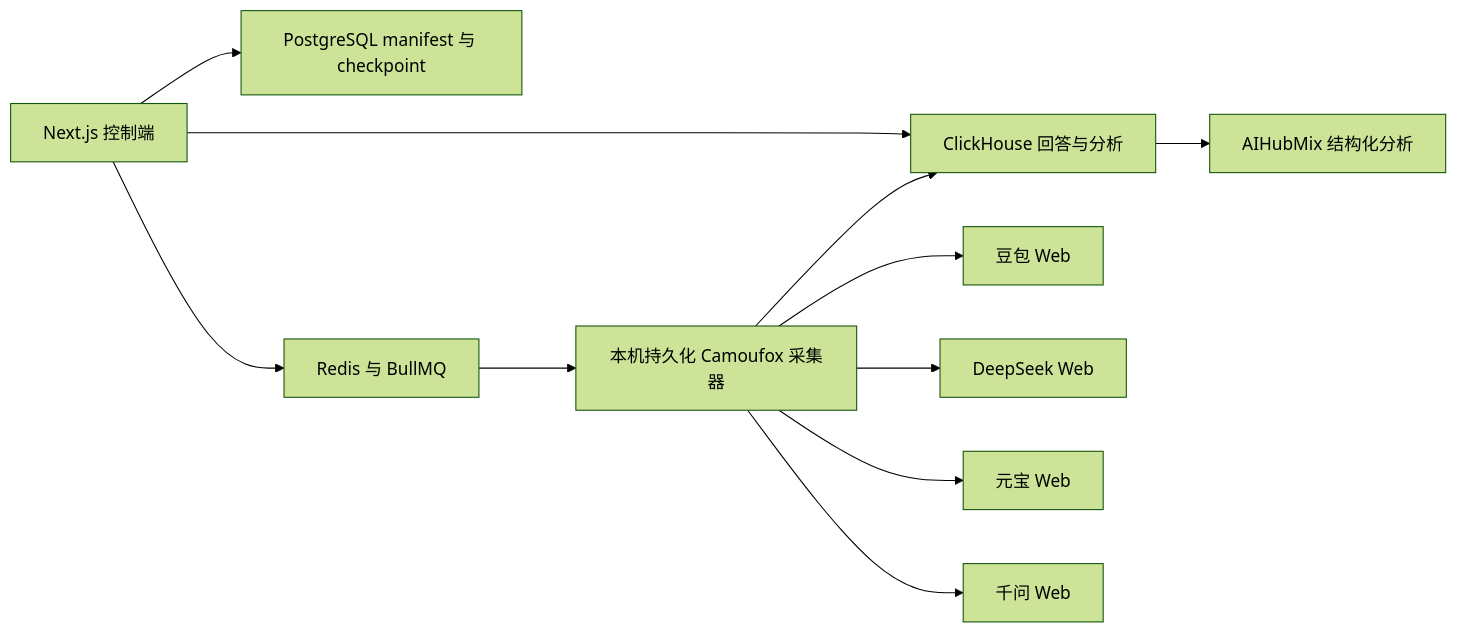
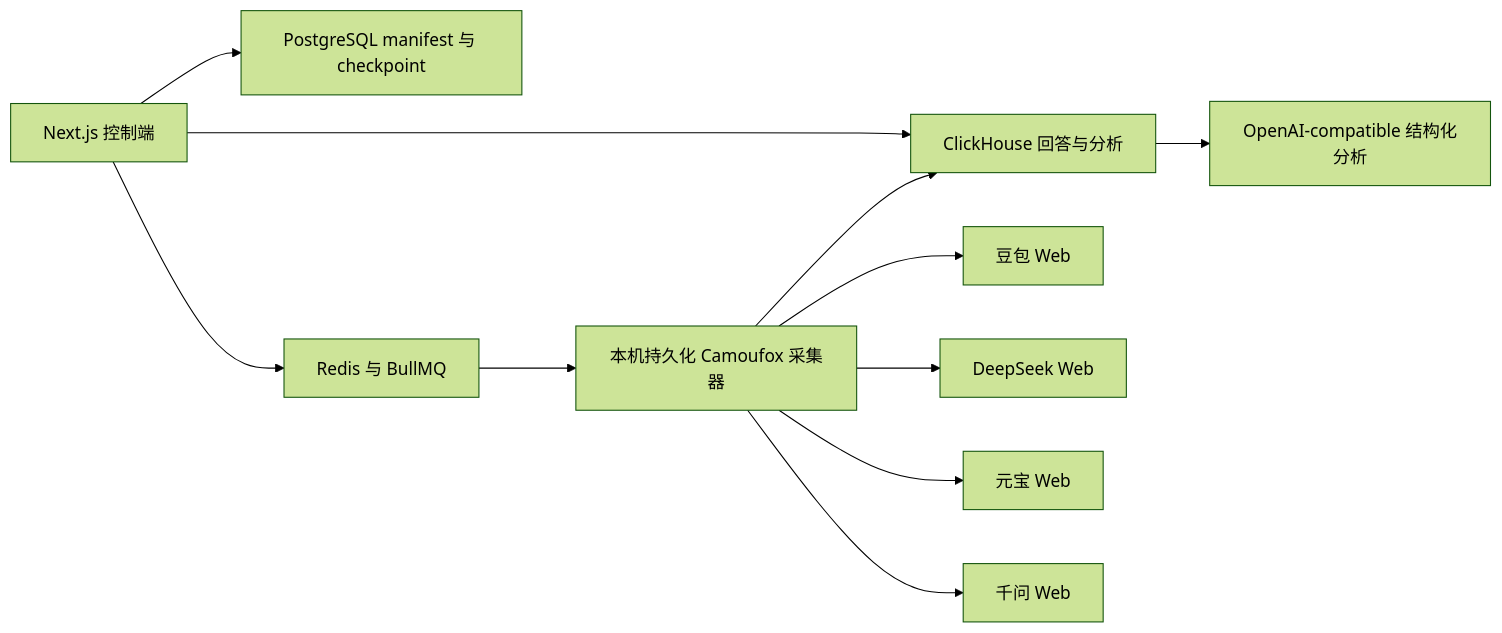
One commit to MYZ8088/anspectra changed the diagram in README.zh-CN.md. Above: the diagram before and after it, drawn with Mermaid (forest theme). The commit also changed other lines of this file and 376 other files, not shown here.

````diff
--- a/README.zh-CN.md
+++ b/README.zh-CN.md
@@ -119,13 +117,13 @@
 ```mermaid
 flowchart LR
   UI["Next.js 控制端"] --> PG["PostgreSQL manifest 与 checkpoint"]
   UI --> CH["ClickHouse 回答与分析"]
   UI --> R["Redis 与 BullMQ"]
   R --> C["本机持久化 Camoufox 采集器"]
   C --> D["豆包 Web"]
   C --> DS["DeepSeek Web"]
   C --> Y["元宝 Web"]
   C --> Q["千问 Web"]
   C --> CH
-  CH --> A["AIHubMix 结构化分析"]
+  CH --> A["OpenAI-compatible 结构化分析"]
 ```
````
